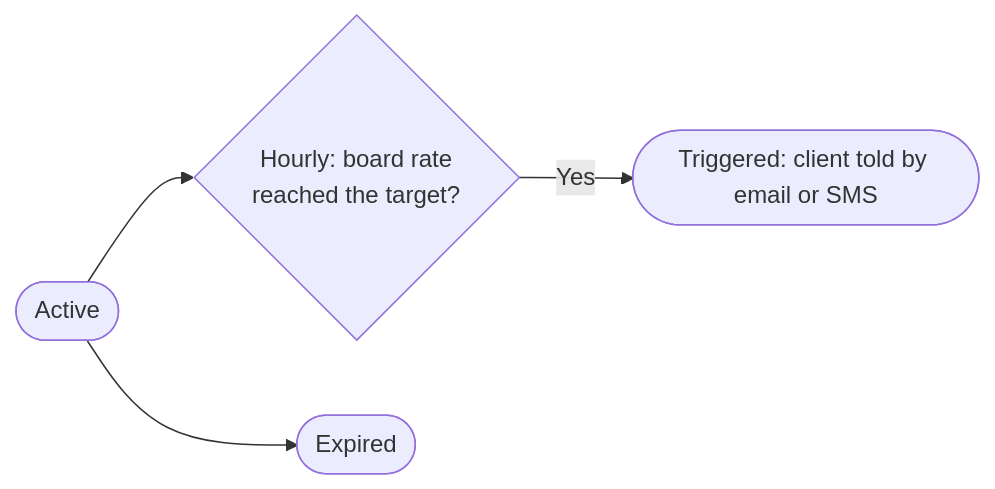
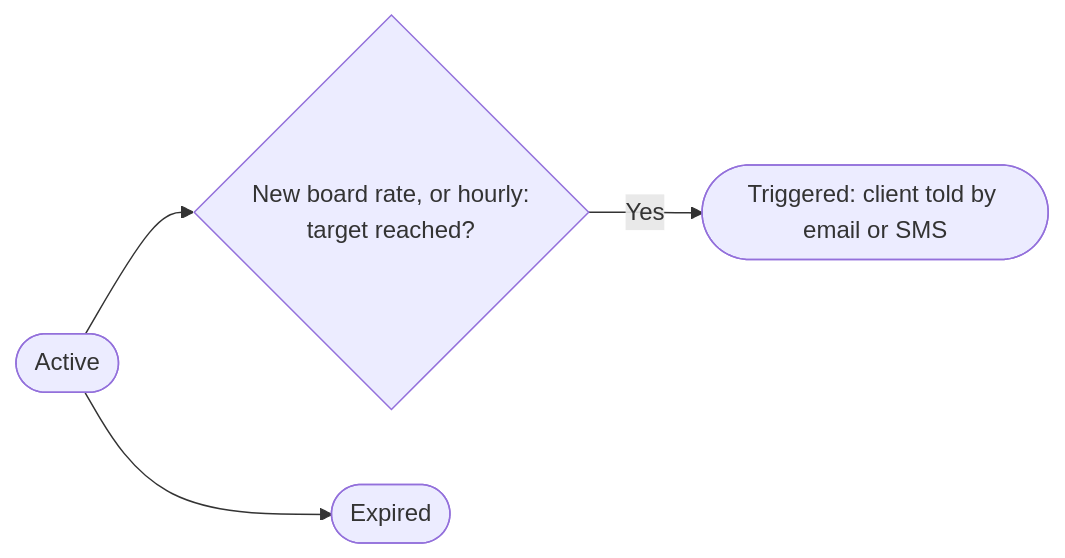
One commit to bhavin-jariwala-aspl/capital-genesis changed the second of 2 diagrams in docs/process-flows/13-forex-desk.md. Above: the diagram before and after it, drawn with Mermaid. The commit also changed other lines of this file and 21 other files, not shown here.

````diff
--- a/docs/process-flows/13-forex-desk.md
+++ b/docs/process-flows/13-forex-desk.md
@@ -43,6 +43,6 @@
 ```mermaid
 flowchart LR
-    AC(["Active"]) --> H{"Hourly: board rate<br/>reached the target?"}
+    AC(["Active"]) --> H{"New board rate, or hourly:<br/>target reached?"}
     H -- Yes --> T(["Triggered: client told by email or SMS"])
     AC --> E(["Expired"])
 ```
````
